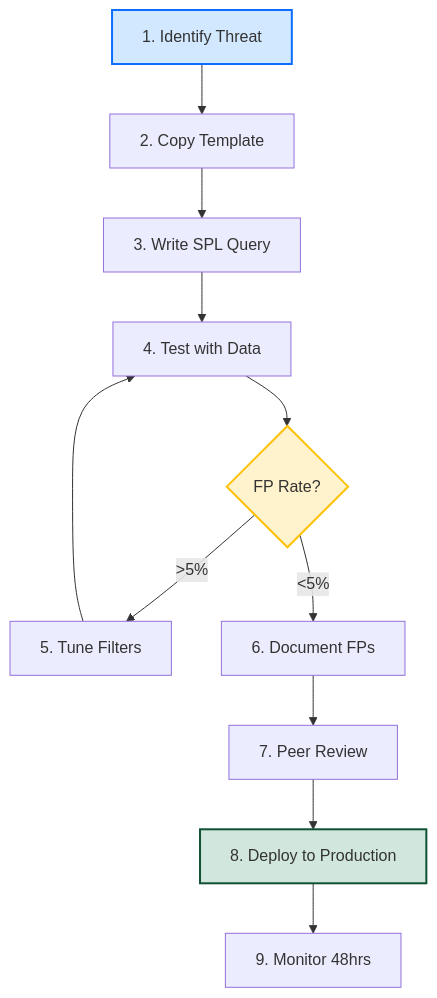
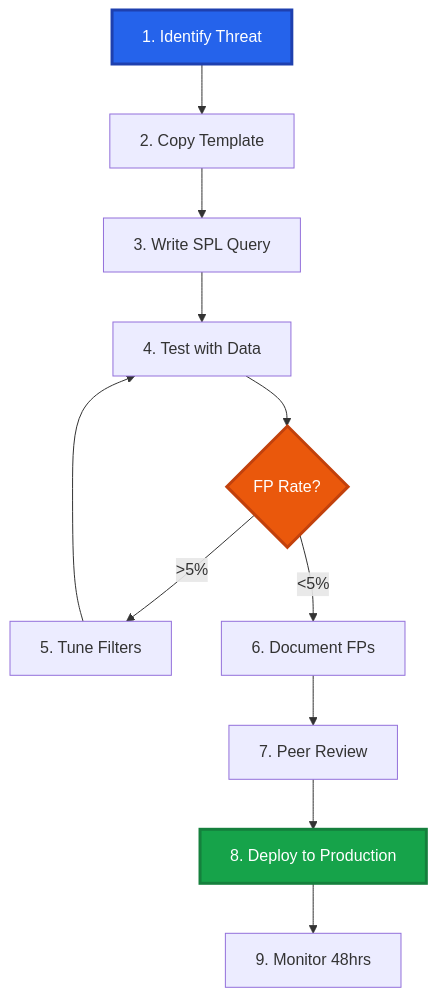
The diagram in README.md (PrototypePrime/Splunk_SPL_Detection), drawn with Mermaid before and after one commit.

Commit message:
cosmetic changes

````diff
--- a/README.md
+++ b/README.md
@@ -140,17 +140,17 @@
 ```mermaid
 graph TD
     A[1. Identify Threat] --> B[2. Copy Template]
     B --> C[3. Write SPL Query]
     C --> D[4. Test with Data]
     D --> E{FP Rate?}
     E -->|>5%| F[5. Tune Filters]
     F --> D
     E -->|<5%| G[6. Document FPs]
     G --> H[7. Peer Review]
     H --> I[8. Deploy to Production]
     I --> J[9. Monitor 48hrs]
     
-    style A fill:#d1e8ff,stroke:#0d6efd,stroke-width:2px
-    style I fill:#d1e7dd,stroke:#0f5132,stroke-width:2px
-    style E fill:#fff3cd,stroke:#ffc107,stroke-width:2px
+    style A fill:#2563eb,color:#fff,stroke:#1e40af,stroke-width:3px
+    style I fill:#16a34a,color:#fff,stroke:#15803d,stroke-width:3px
+    style E fill:#ea580c,color:#fff,stroke:#c2410c,stroke-width:3px
 ```
````
